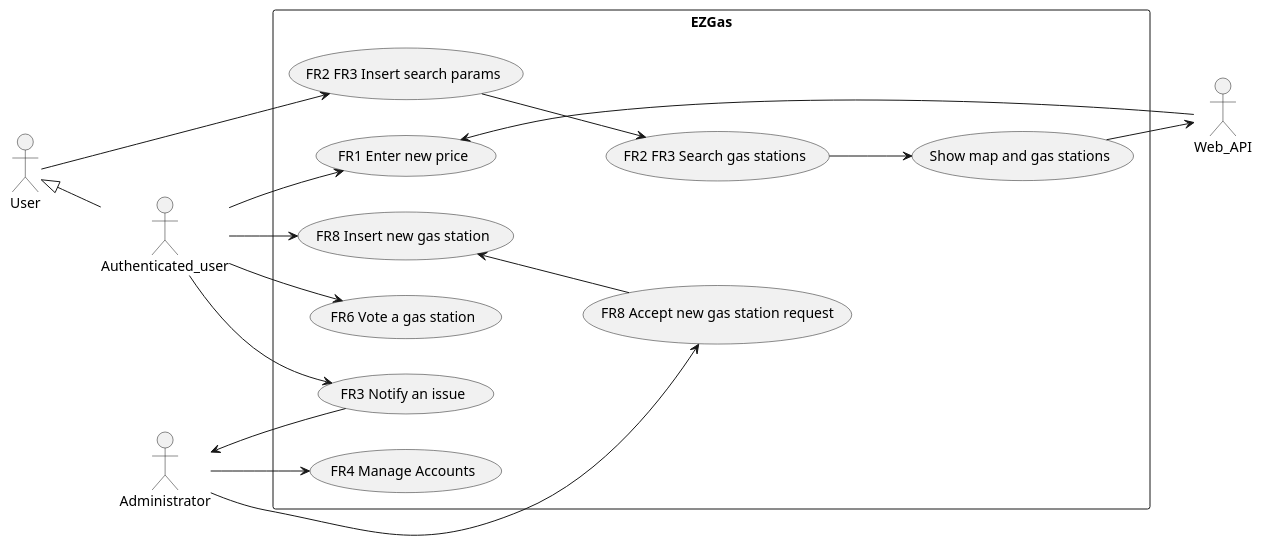
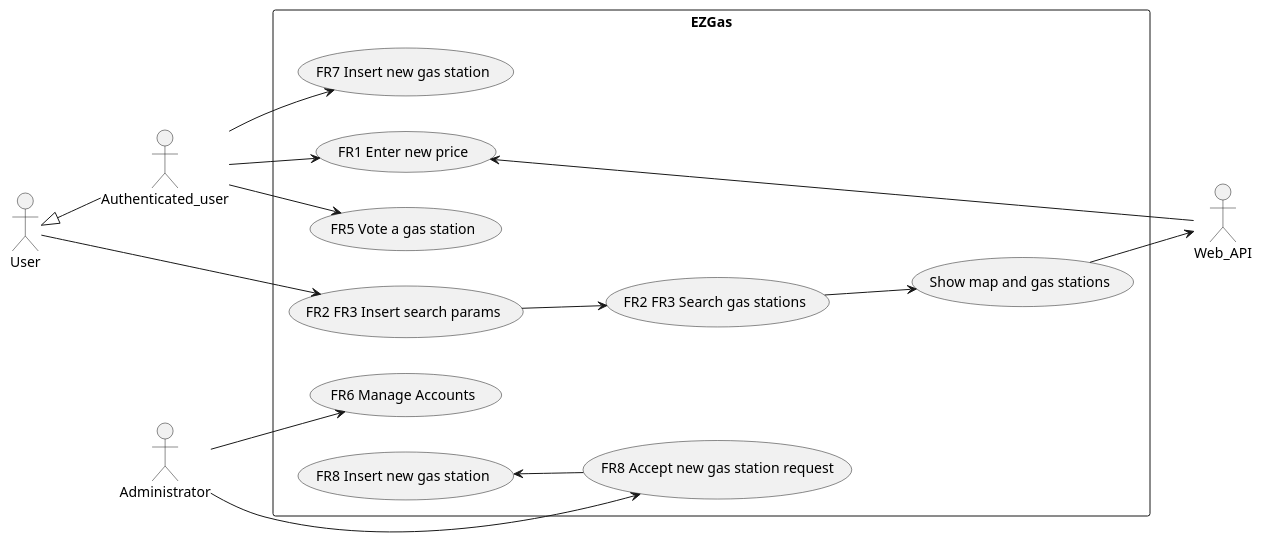
The second of 3 diagrams in docs/RequirementsDocument.md (SE2-group4/SE1-project), drawn with PlantUML before and after one commit. The commit also changed other lines of this file, not shown here.

First line of the commit message:
docs: insertion of deployment diagram

````diff
--- a/docs/RequirementsDocument.md
+++ b/docs/RequirementsDocument.md
@@ -118,34 +117,32 @@
 ```plantuml
 @startuml
 
 left to right direction
 
 Actor User as U
 Actor Authenticated_user as AU
 Actor Administrator as A
 Actor Web_API as WA
 
 U <|-- AU
 rectangle EZGas{
   U --> (FR2 FR3 Insert search params)
 
-  AU --> (FR6 Vote a gas station)
-  AU --> (FR8 Insert new gas station)
+  AU --> (FR5 Vote a gas station)
+  AU --> (FR7 Insert new gas station)
   AU --> (FR1 Enter new price)
-  AU --> (FR3 Notify an issue)
-  A <-- (FR3 Notify an issue)
-  A --> (FR4 Manage Accounts)
+  A --> (FR6 Manage Accounts)
   A --> (FR8 Accept new gas station request)
   'A <-- (FR7 send report)
 
   'WA --> (FR7 send report)*
   (Show map and gas stations) --> WA
   (FR8 Insert new gas station) <-- (FR8 Accept new gas station request)
   (FR2 FR3 Insert search params) --> (FR2 FR3 Search gas stations)
   (FR2 FR3 Search gas stations) --> (Show map and gas stations)
   (FR1 Enter new price) <-- WA
   
 }
 
 @enduml
 ```
````
